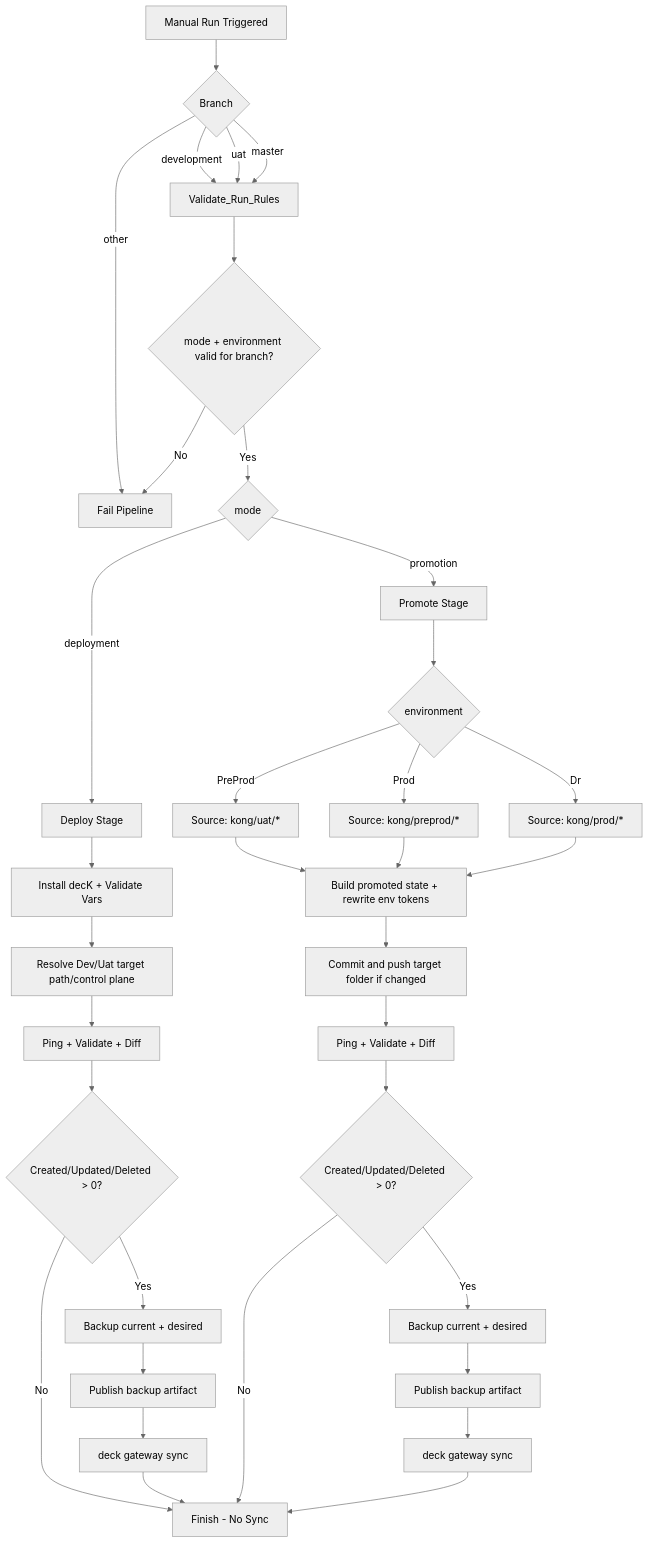
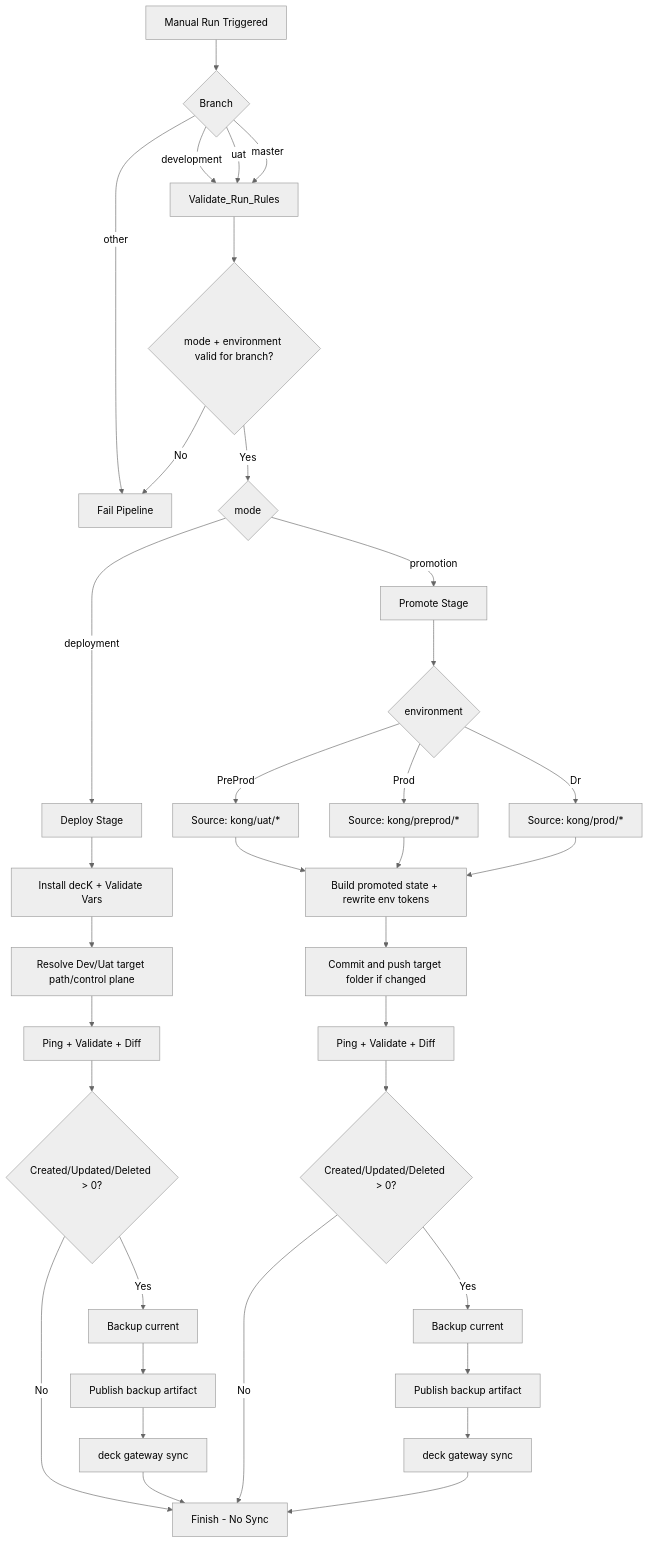
The diagram in README.md (ceritakoko-it/Kong-External-OnCloud), drawn with Mermaid (neutral theme) before and after one commit. The commit also changed other lines of this file and 4 other files, not shown here.

````diff
--- a/README.md
+++ b/README.md
@@ -144,41 +141,41 @@
 ```mermaid
 flowchart TD
     A[Manual Run Triggered] --> B{Branch}
     B -->|development| C[Validate_Run_Rules]
     B -->|uat| C
     B -->|master| C
     B -->|other| X[Fail Pipeline]
 
     C --> C0{mode + environment valid for branch?}
     C0 -->|No| X
     C0 -->|Yes| D{mode}
 
     D -->|deployment| E[Deploy Stage]
     D -->|promotion| F[Promote Stage]
 
     E --> E1[Install decK + Validate Vars]
     E1 --> E2[Resolve Dev/Uat target path/control plane]
     E2 --> E3[Ping + Validate + Diff]
     E3 --> E4{Created/Updated/Deleted > 0?}
     E4 -->|No| Z[Finish - No Sync]
-    E4 -->|Yes| E5[Backup current + desired]
+    E4 -->|Yes| E5[Backup current]
     E5 --> E6[Publish backup artifact]
     E6 --> E7[deck gateway sync]
     E7 --> Z
 
     F --> F1{environment}
     F1 -->|PreProd| F2[Source: kong/uat/*]
     F1 -->|Prod| F3[Source: kong/preprod/*]
     F1 -->|Dr| F31[Source: kong/prod/*]
     F2 --> F4[Build promoted state + rewrite env tokens]
     F3 --> F4
     F31 --> F4
     F4 --> F41[Commit and push target folder if changed]
     F41 --> F5[Ping + Validate + Diff]
     F5 --> F6{Created/Updated/Deleted > 0?}
     F6 -->|No| Z
-    F6 -->|Yes| F7[Backup current + desired]
+    F6 -->|Yes| F7[Backup current]
     F7 --> F8[Publish backup artifact]
     F8 --> F9[deck gateway sync]
     F9 --> Z
 ```
````
